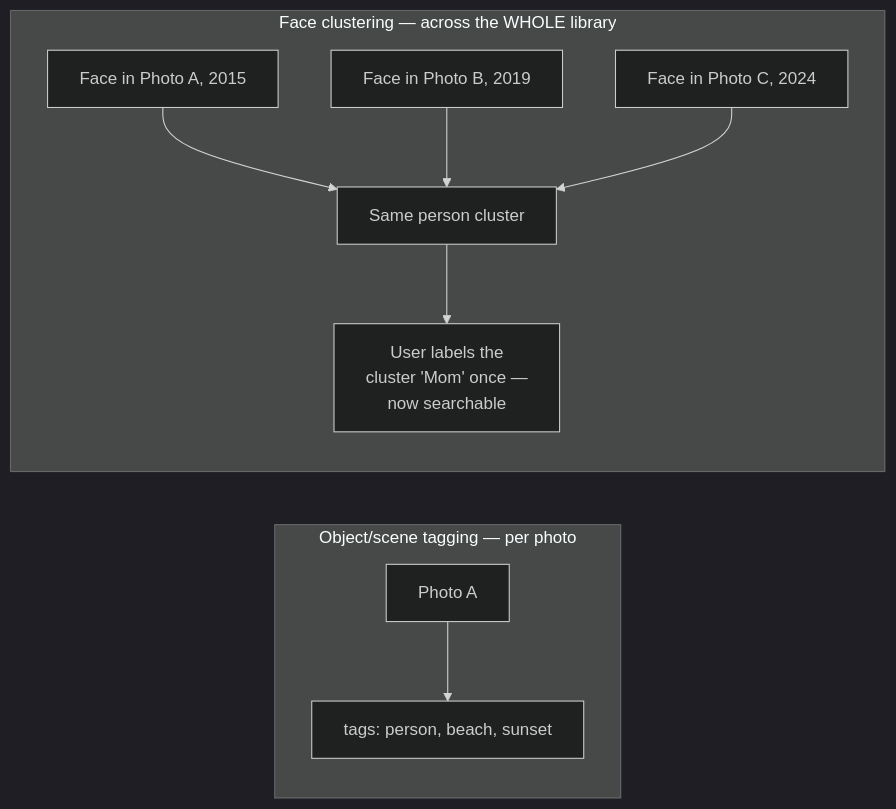
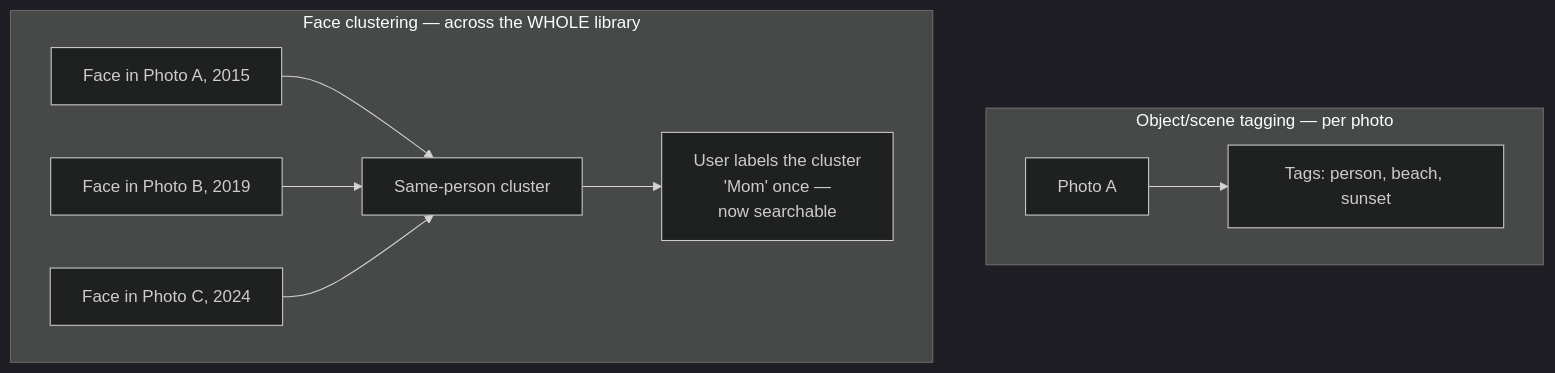
Before and after one commit to riyaz-pasha/Learnings: the fifth of 12 diagrams in system-design/HLD/0-course/58-Design-Google-Photos-FAANG-Guide-story.md, drawn with Mermaid (dark theme). The commit also changed other lines of this file and 1 other file, not shown here.

Commit message:
[REWRITE] Google Photos story guide: simplify prose, add structure, fix diagrams

````diff
--- a/system-design/HLD/0-course/58-Design-Google-Photos-FAANG-Guide-story.md
+++ b/system-design/HLD/0-course/58-Design-Google-Photos-FAANG-Guide-story.md
@@ -246,12 +366,12 @@
 ```mermaid
-flowchart LR
+flowchart TB
     subgraph PerPhoto["Object/scene tagging — per photo"]
-        P1["Photo A"] --> T1["tags: person, beach, sunset"]
+        P1["Photo A"] --> T1["Tags: person, beach, sunset"]
     end
     subgraph CrossPhoto["Face clustering — across the WHOLE library"]
-        F1["Face in Photo A, 2015"] --> Cluster["Same person cluster"]
+        F1["Face in Photo A, 2015"] --> Cluster["Same-person cluster"]
         F2["Face in Photo B, 2019"] --> Cluster
         F3["Face in Photo C, 2024"] --> Cluster
-        Cluster --> Label["User labels the\ncluster 'Mom' once —\nnow searchable"]
+        Cluster --> Label["User labels the cluster<br/>'Mom' once —<br/>now searchable"]
     end
 ```
````
